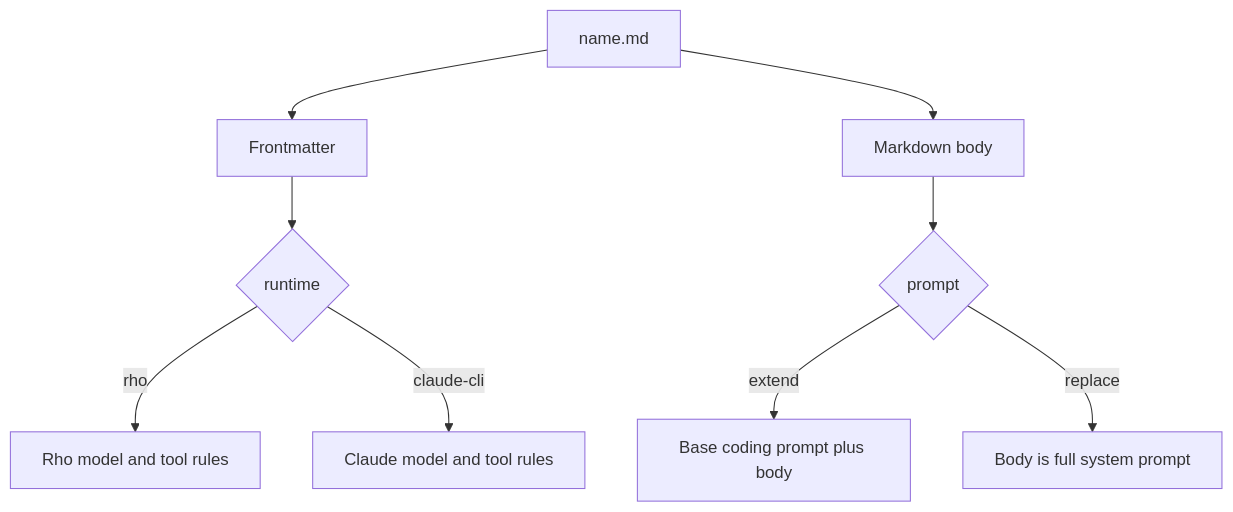
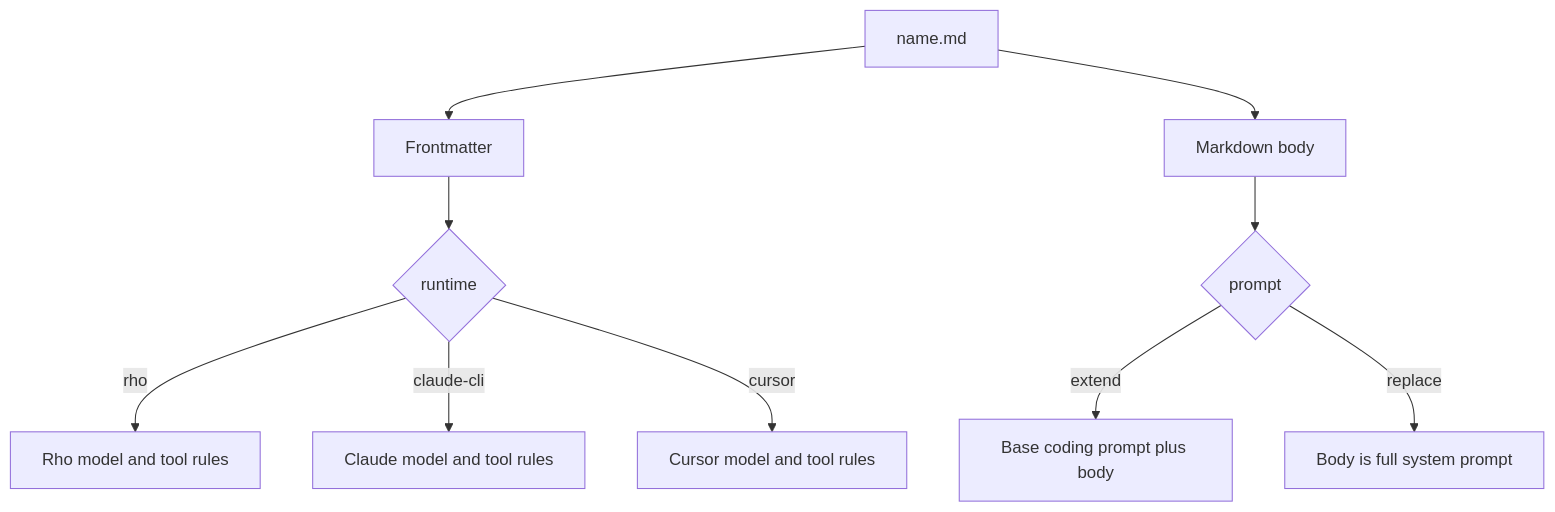
The diagram in docs/subagents/definition-schema.md (matthewyjiang/rho), drawn with Mermaid before and after one commit. The commit also changed other lines of this file and 128 other files, not shown here.

First line of the commit message:
feat(subagents): delegate to Cursor Agent with runtime: cursor (#1144)

````diff
--- a/docs/subagents/definition-schema.md
+++ b/docs/subagents/definition-schema.md
@@ -7,11 +7,12 @@
 ```mermaid
 flowchart TD
     file[name.md] --> fm[Frontmatter]
     file --> body[Markdown body]
     fm --> runtime{runtime}
     runtime -->|rho| rhoRules[Rho model and tool rules]
     runtime -->|claude-cli| claudeRules[Claude model and tool rules]
+    runtime -->|cursor| cursorRules[Cursor model and tool rules]
     body --> prompt{prompt}
     prompt -->|extend| base[Base coding prompt plus body]
     prompt -->|replace| full[Body is full system prompt]
 ```
````
